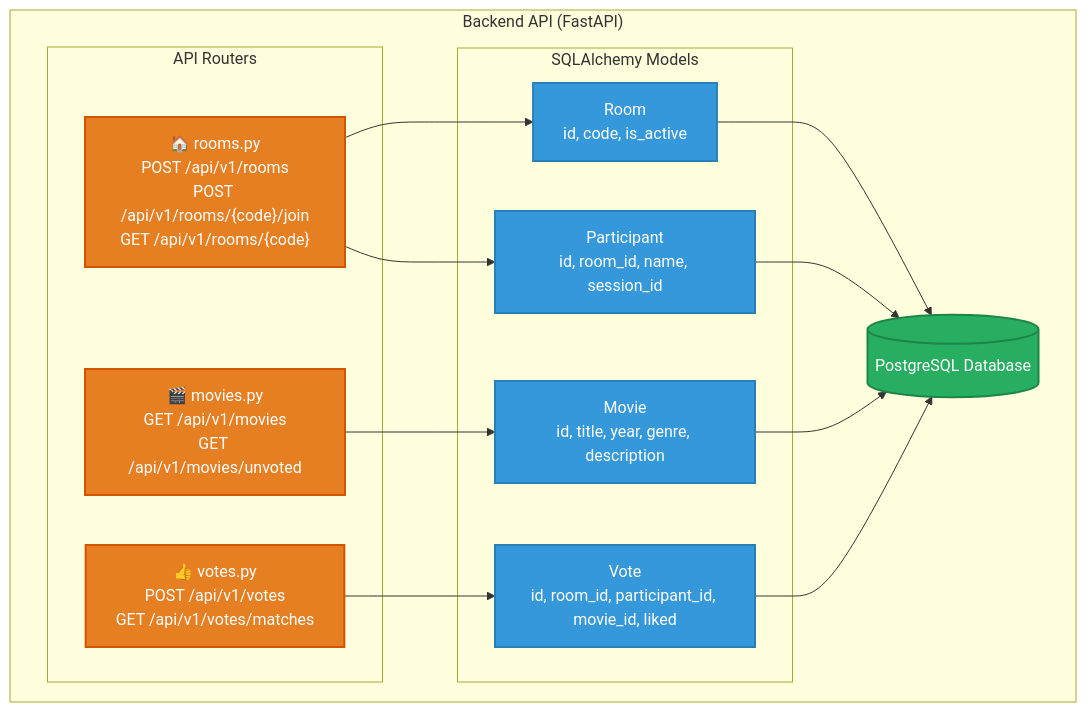
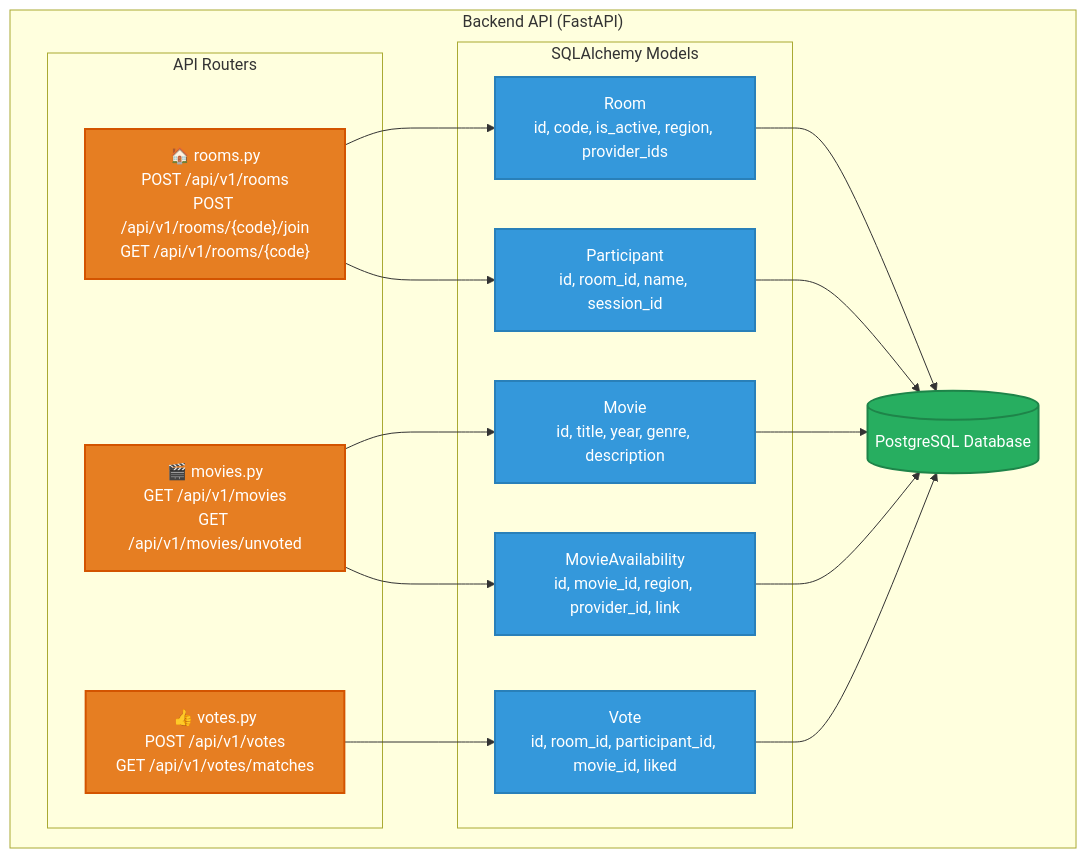
Before and after one commit to umans-ai/cinematch: the third of 5 diagrams in docs/architecture/overview.md, drawn with Mermaid. The commit also changed 4 other files, not shown here.

````diff
--- a/docs/architecture/overview.md
+++ b/docs/architecture/overview.md
@@ -96,36 +96,39 @@
 ```mermaid
 flowchart TB
     subgraph BackendAPI ["Backend API (FastAPI)"]
         subgraph Routers ["API Routers"]
             R1["🏠 rooms.py<br/>POST /api/v1/rooms<br/>POST /api/v1/rooms/{code}/join<br/>GET /api/v1/rooms/{code}"]
             R2["🎬 movies.py<br/>GET /api/v1/movies<br/>GET /api/v1/movies/unvoted"]
             R3["👍 votes.py<br/>POST /api/v1/votes<br/>GET /api/v1/votes/matches"]
         end
 
         subgraph Models ["SQLAlchemy Models"]
-            M1["Room<br/>id, code, is_active"]
+            M1["Room<br/>id, code, is_active, region, provider_ids"]
             M2["Participant<br/>id, room_id, name, session_id"]
             M3["Movie<br/>id, title, year, genre, description"]
             M4["Vote<br/>id, room_id, participant_id, movie_id, liked"]
+            M5["MovieAvailability<br/>id, movie_id, region, provider_id, link"]
         end
 
         DB[("PostgreSQL Database")]
     end
 
     R1 --> M1
     R1 --> M2
     R2 --> M3
+    R2 --> M5
     R3 --> M4
     M1 --> DB
     M2 --> DB
     M3 --> DB
     M4 --> DB
+    M5 --> DB
 
     classDef router fill:#e67e22,stroke:#d35400,color:#fff,stroke-width:2px
     classDef model fill:#3498db,stroke:#2980b9,color:#fff,stroke-width:2px
     classDef db fill:#27ae60,stroke:#1e8449,color:#fff,stroke-width:2px
 
     class R1,R2,R3 router
-    class M1,M2,M3,M4 model
+    class M1,M2,M3,M4,M5 model
     class DB db
 ```
````
